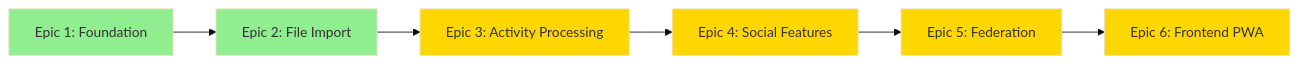
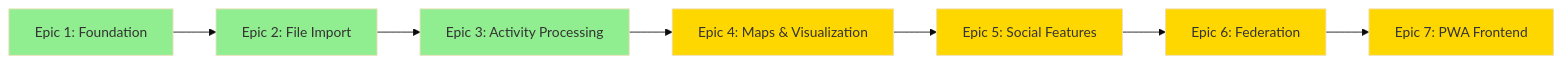
Before and after one commit to avi-xe/lievre: the sixth of 6 diagrams in C4_MODEL.md, drawn with Mermaid (base theme). The commit also changed other lines of this file, not shown here.

First line of the commit message:
docs: update C4 model for Epic 3 completion

````diff
--- a/C4_MODEL.md
+++ b/C4_MODEL.md
@@ -320,15 +331,17 @@
 ```mermaid
 graph LR
     A[Epic 1: Foundation] --> B[Epic 2: File Import]
     B --> C[Epic 3: Activity Processing]
-    C --> D[Epic 4: Social Features]
-    D --> E[Epic 5: Federation]
-    E --> F[Epic 6: Frontend PWA]
+    C --> D[Epic 4: Maps & Visualization]
+    D --> E[Epic 5: Social Features]
+    E --> F[Epic 6: Federation]
+    F --> G[Epic 7: PWA Frontend]
 
     style A fill:#90EE90
     style B fill:#90EE90
-    style C fill:#FFD700
+    style C fill:#90EE90
     style D fill:#FFD700
     style E fill:#FFD700
     style F fill:#FFD700
+    style G fill:#FFD700
 ```
````
